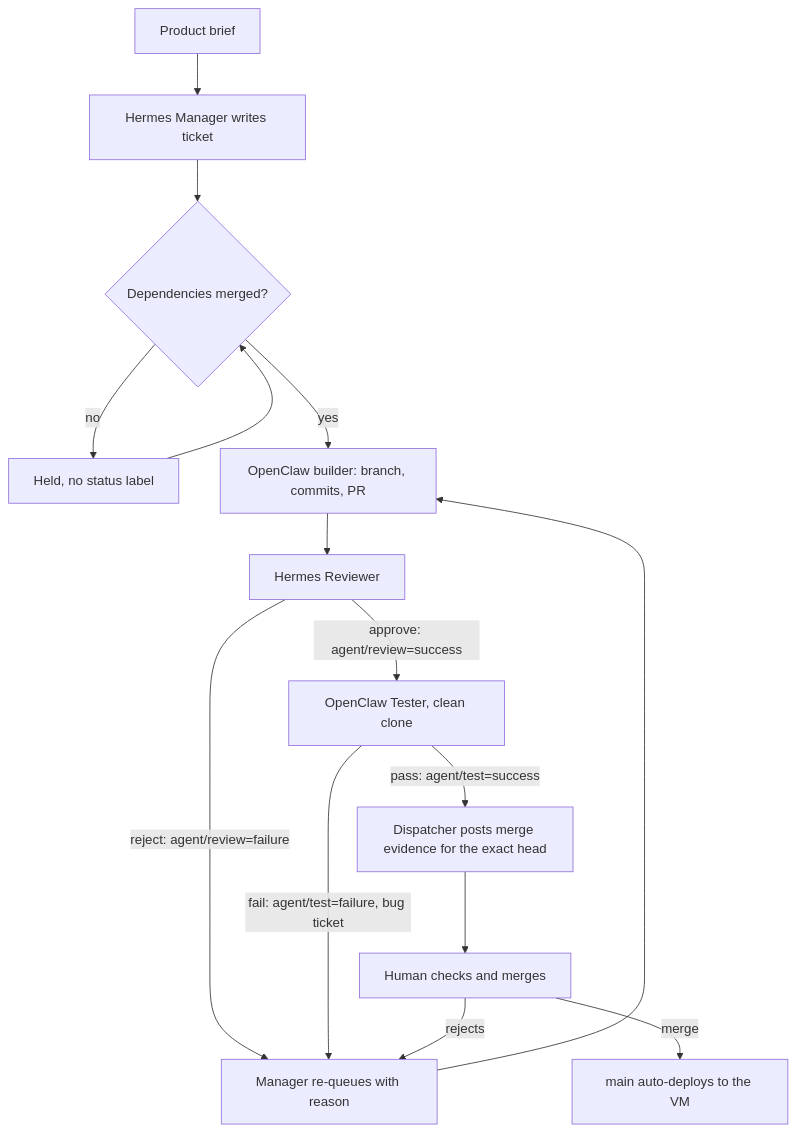
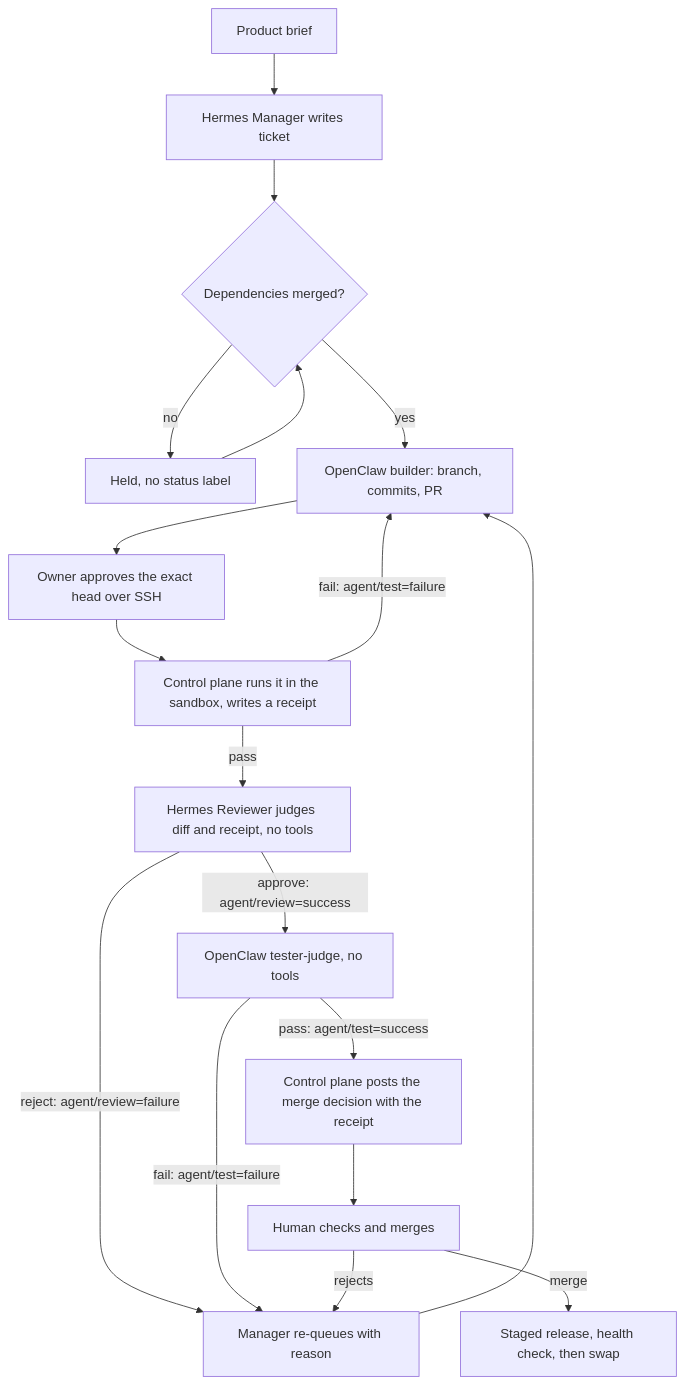
The diagram in DELIVERY.md (ambativachan8-cmyk/daily-briefing), drawn with Mermaid before and after one commit. The commit also changed other lines of this file and 12 other files, not shown here.

Commit message:
DELIVERY: the security failure, fixes, exact-head evidence, limits, measured and estimated tokens

````diff
--- a/DELIVERY.md
+++ b/DELIVERY.md
@@ -50,17 +54,20 @@
 ```mermaid
 flowchart TD
   B[Product brief] --> M[Hermes Manager writes ticket]
   M --> R{Dependencies merged?}
   R -- no --> H[Held, no status label]
   H --> R
   R -- yes --> BD[OpenClaw builder: branch, commits, PR]
-  BD --> RV[Hermes Reviewer]
+  BD --> OA[Owner approves the exact head over SSH]
+  OA --> SB[Control plane runs it in the sandbox, writes a receipt]
+  SB -- fail: agent/test=failure --> BD
+  SB -- pass --> RV[Hermes Reviewer judges diff and receipt, no tools]
   RV -- reject: agent/review=failure --> M2[Manager re-queues with reason]
   M2 --> BD
-  RV -- approve: agent/review=success --> T[OpenClaw Tester, clean clone]
-  T -- fail: agent/test=failure, bug ticket --> M2
-  T -- pass: agent/test=success --> D[Dispatcher posts merge evidence for the exact head]
+  RV -- approve: agent/review=success --> T[OpenClaw tester-judge, no tools]
+  T -- fail: agent/test=failure --> M2
+  T -- pass: agent/test=success --> D[Control plane posts the merge decision with the receipt]
   D --> HM[Human checks and merges]
   HM -- rejects --> M2
-  HM -- merge --> CD[main auto-deploys to the VM]
+  HM -- merge --> CD[Staged release, health check, then swap]
 ```
````
